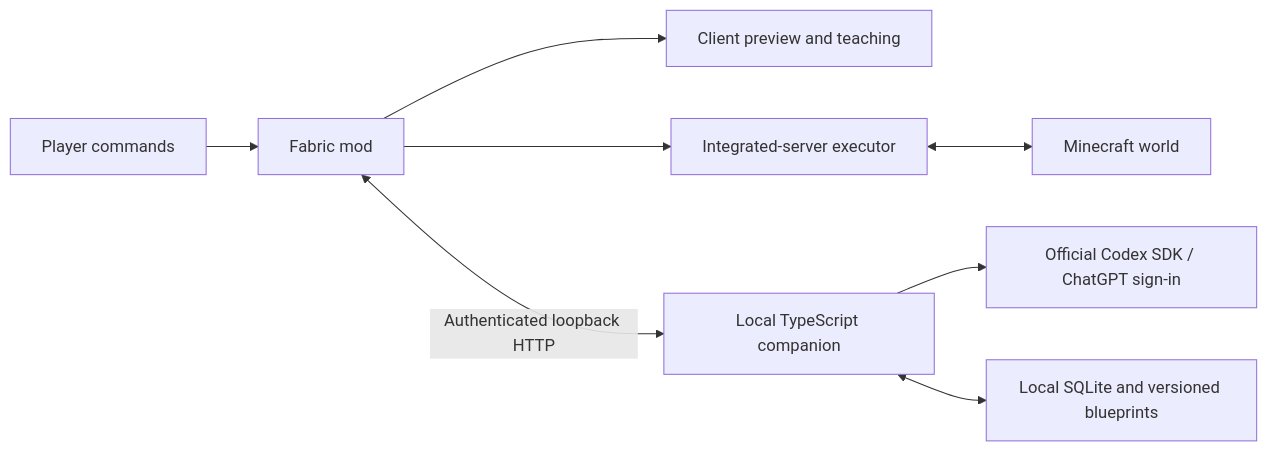
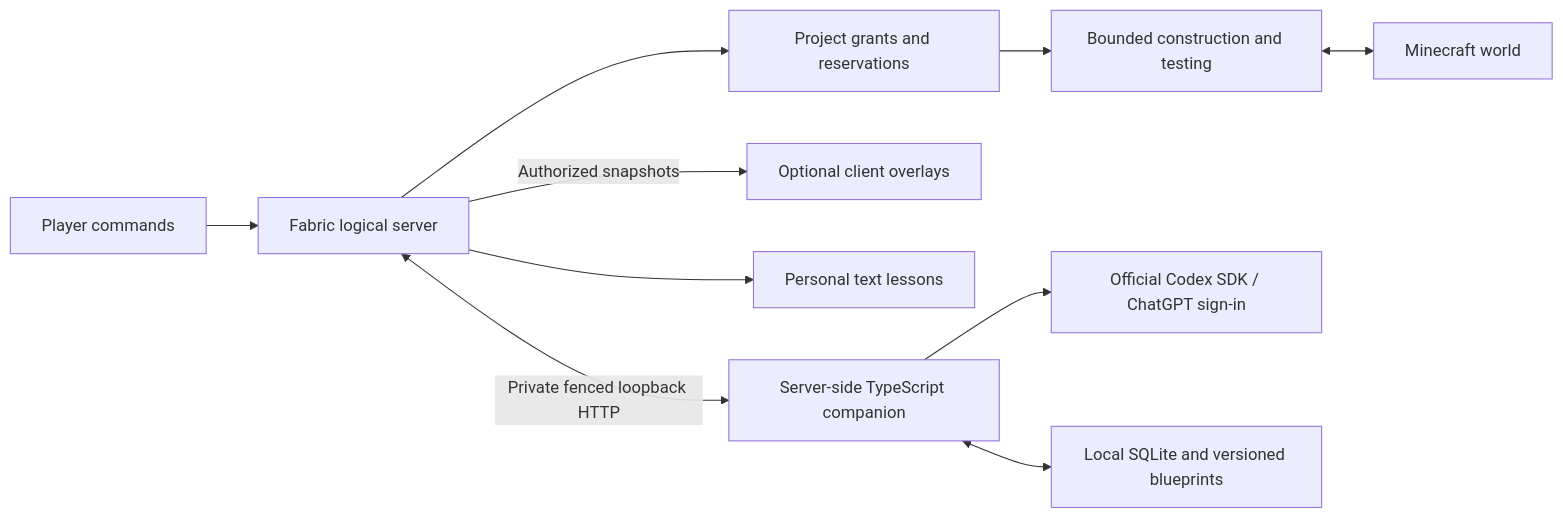
Before and after one commit to 1xmint/minecraft-ai-engineer: the diagram in README.md, drawn with Mermaid. The commit also changed other lines of this file and 33 other files, not shown here.

First line of the commit message:
Build dedicated-server projects, permissions and shared construction (#10)

````diff
--- a/README.md
+++ b/README.md
@@ -73,10 +76,12 @@
 ```mermaid
 flowchart LR
-    Player[Player commands] --> Mod[Fabric mod]
-    Mod --> Preview[Client preview and teaching]
-    Mod --> Executor[Integrated-server executor]
+    Player[Player commands] --> Server[Fabric logical server]
+    Server --> Policy[Project grants and reservations]
+    Policy --> Executor[Bounded construction and testing]
+    Server -->|Authorized snapshots| Preview[Optional client overlays]
+    Server --> Lessons[Personal text lessons]
     Executor <--> World[Minecraft world]
-    Mod <-->|Authenticated loopback HTTP| Companion[Local TypeScript companion]
+    Server <-->|Private fenced loopback HTTP| Companion[Server-side TypeScript companion]
     Companion --> Planner[Official Codex SDK / ChatGPT sign-in]
     Companion <--> Memory[Local SQLite and versioned blueprints]
 ```
````
